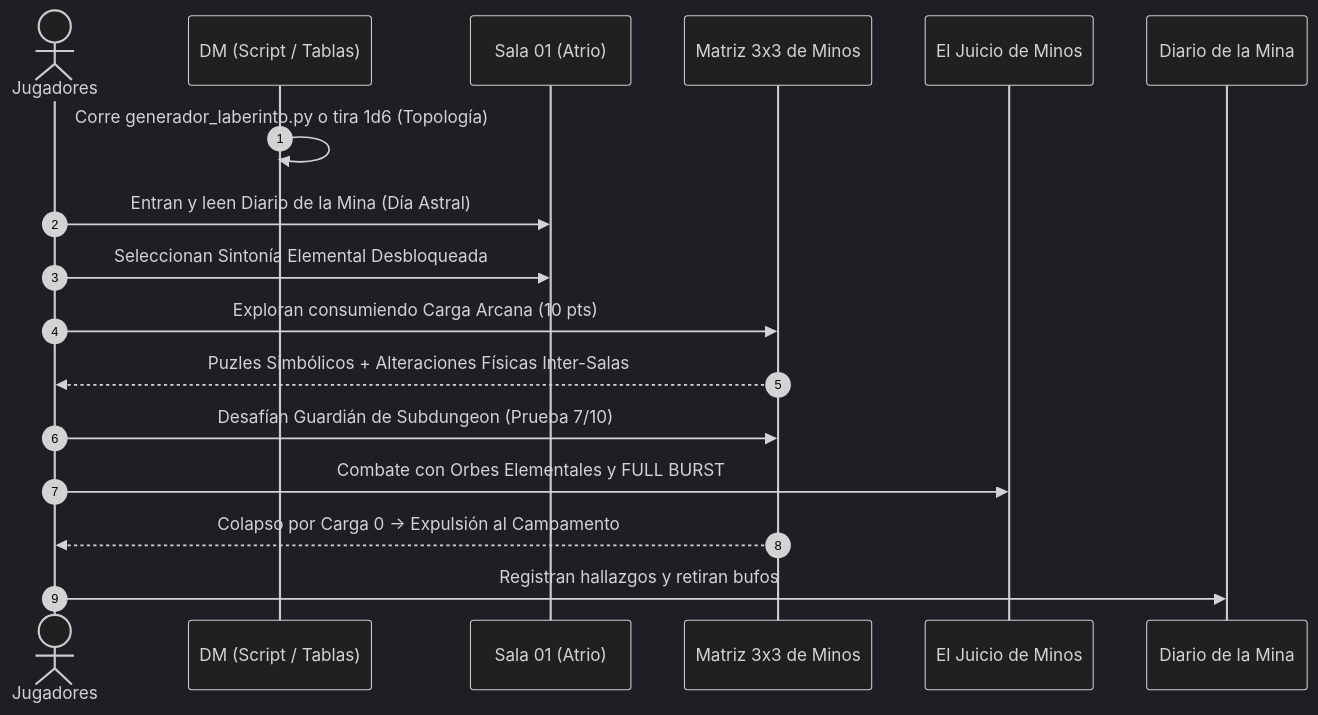
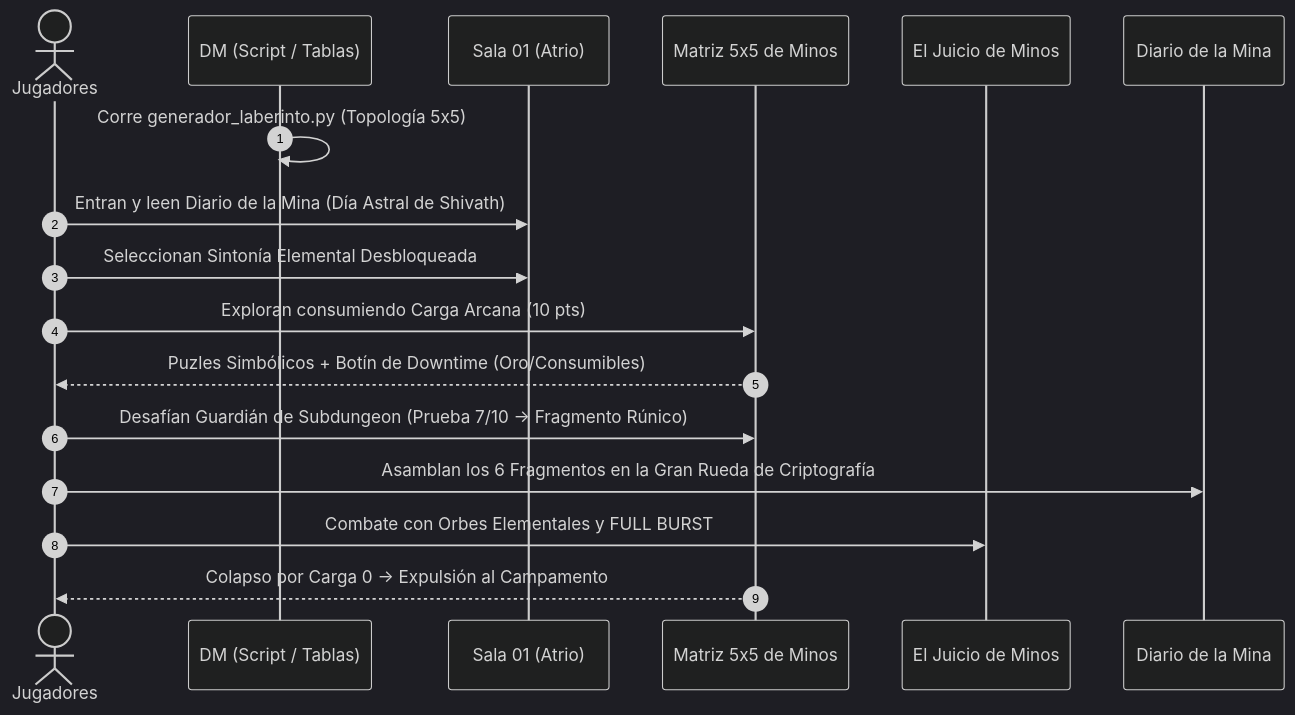
The diagram in 7 - DM/OneShots/ARepeat/El Laberinto de Minos.md (linkmati/ShivathLyss), drawn with Mermaid (dark theme) before and after one commit. The commit also changed other lines of this file and 2 other files, not shown here.

Commit message:
feat: incorporate Treftiel/Angramanio lore, downtime rewards, and Grand Cipher Wheel meta-puzzle

````diff
--- a/7 - DM/OneShots/ARepeat/El Laberinto de Minos.md
+++ b/7 - DM/OneShots/ARepeat/El Laberinto de Minos.md
@@ -42,20 +44,20 @@
 ```mermaid
 sequenceDiagram
     autonumber
     actor Jugadores
     participant DM as DM (Script / Tablas)
     participant Atrio as Sala 01 (Atrio)
-    participant Laberinto as Matriz 3x3 de Minos
+    participant Laberinto as Matriz 5x5 de Minos
     participant Boss as El Juicio de Minos
     participant Base as Diario de la Mina
 
-    DM->>DM: Corre generador_laberinto.py o tira 1d6 (Topología)
-    Jugadores->>Atrio: Entran y leen Diario de la Mina (Día Astral)
+    DM->>DM: Corre generador_laberinto.py (Topología 5x5)
+    Jugadores->>Atrio: Entran y leen Diario de la Mina (Día Astral de Shivath)
     Jugadores->>Atrio: Seleccionan Sintonía Elemental Desbloqueada
     Jugadores->>Laberinto: Exploran consumiendo Carga Arcana (10 pts)
-    Laberinto-->>Jugadores: Puzles Simbólicos + Alteraciones Físicas Inter-Salas
-    Jugadores->>Laberinto: Desafían Guardián de Subdungeon (Prueba 7/10)
+    Laberinto-->>Jugadores: Puzles Simbólicos + Botín de Downtime (Oro/Consumibles)
+    Jugadores->>Laberinto: Desafían Guardián de Subdungeon (Prueba 7/10 -> Fragmento Rúnico)
+    Jugadores->>Base: Asamblan los 6 Fragmentos en la Gran Rueda de Criptografía
     Jugadores->>Boss: Combate con Orbes Elementales y FULL BURST
     Laberinto-->>Jugadores: Colapso por Carga 0 -> Expulsión al Campamento
-    Jugadores->>Base: Registran hallazgos y retiran bufos
 ```
````
